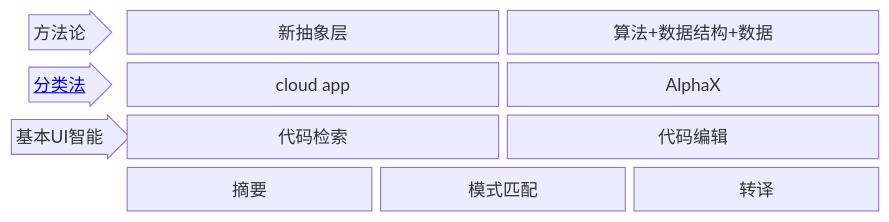
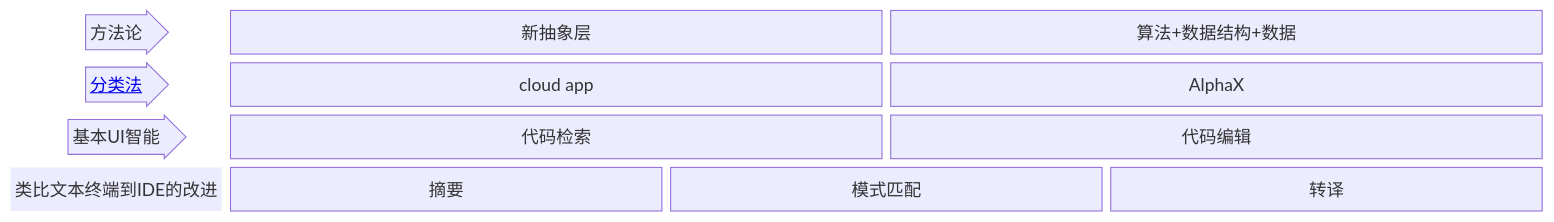
Before and after one commit to AI-LLM/ai4se_white_paper: the diagram in README.md, drawn with Mermaid.

````diff
--- a/README.md
+++ b/README.md
@@ -3,18 +3,19 @@
 ```mermaid
 block-beta
   columns 7
 
     A<["方法论"]>(right):1
     B["新抽象层"]:3
     C["算法+数据结构+数据"]:3
     D<["<a href='https://ai-llm.github.io/ai4se_white_paper/taxonomy/index.html'>分类法</a>"]>(right)
     E["cloud app"]:3
     F["AlphaX"]:3
     G<["基本UI智能"]>(right):1
     H["代码检索"]:3
     I["代码编辑"]:3
-    space:1
+    comment1["类比文本终端到IDE的改进"]
+    style comment1 fill:rgb(0,0,0,0),stroke:rgb(0,0,0,0),stroke-width:0
     K["摘要"]:2
     J["模式匹配"]:2
     L["转译"]:2
 ```
````
